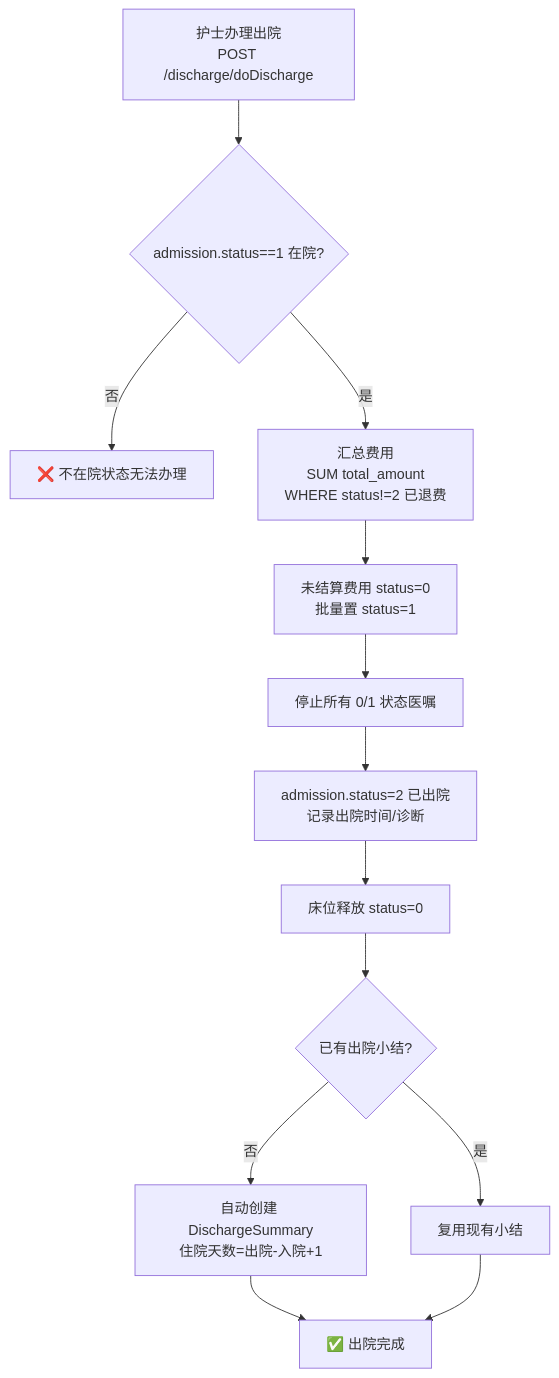
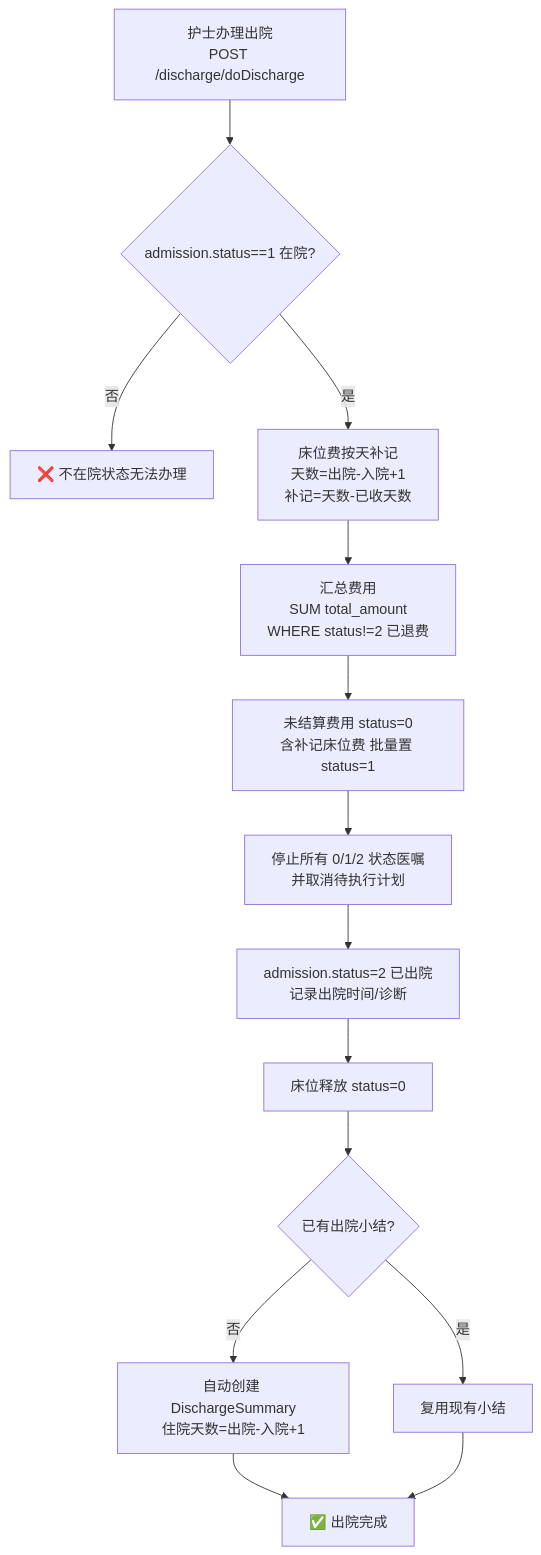
The fourth of 7 diagrams in doc/flowcharts/03-住院手术.md (Palpitate-xus/hoimsystem), drawn with Mermaid before and after one commit. The commit also changed other lines of this file and 3 other files, not shown here.

First line of the commit message:
docs(flowcharts): reflect second-round audit fixes in business flow diagrams

````diff
--- a/doc/flowcharts/03-住院手术.md
+++ b/doc/flowcharts/03-住院手术.md
@@ -73,15 +73,16 @@
 ```mermaid
 flowchart TD
     A[护士办理出院<br/>POST /discharge/doDischarge] --> B{admission.status==1 在院?}
     B -- 否 --> C[❌ 不在院状态无法办理]
-    B -- 是 --> D[汇总费用<br/>SUM total_amount<br/>WHERE status!=2 已退费]
-    D --> E[未结算费用 status=0<br/>批量置 status=1]
-    E --> F[停止所有 0/1 状态医嘱]
+    B -- 是 --> B2[床位费按天补记<br/>天数=出院-入院+1<br/>补记=天数-已收天数]
+    B2 --> D[汇总费用<br/>SUM total_amount<br/>WHERE status!=2 已退费]
+    D --> E[未结算费用 status=0<br/>含补记床位费 批量置 status=1]
+    E --> F[停止所有 0/1/2 状态医嘱<br/>并取消待执行计划]
     F --> G[admission.status=2 已出院<br/>记录出院时间/诊断]
     G --> H[床位释放 status=0]
     H --> I{已有出院小结?}
     I -- 否 --> J[自动创建 DischargeSummary<br/>住院天数=出院-入院+1]
     I -- 是 --> K[复用现有小结]
     J --> L[✅ 出院完成]
     K --> L
 ```
````
